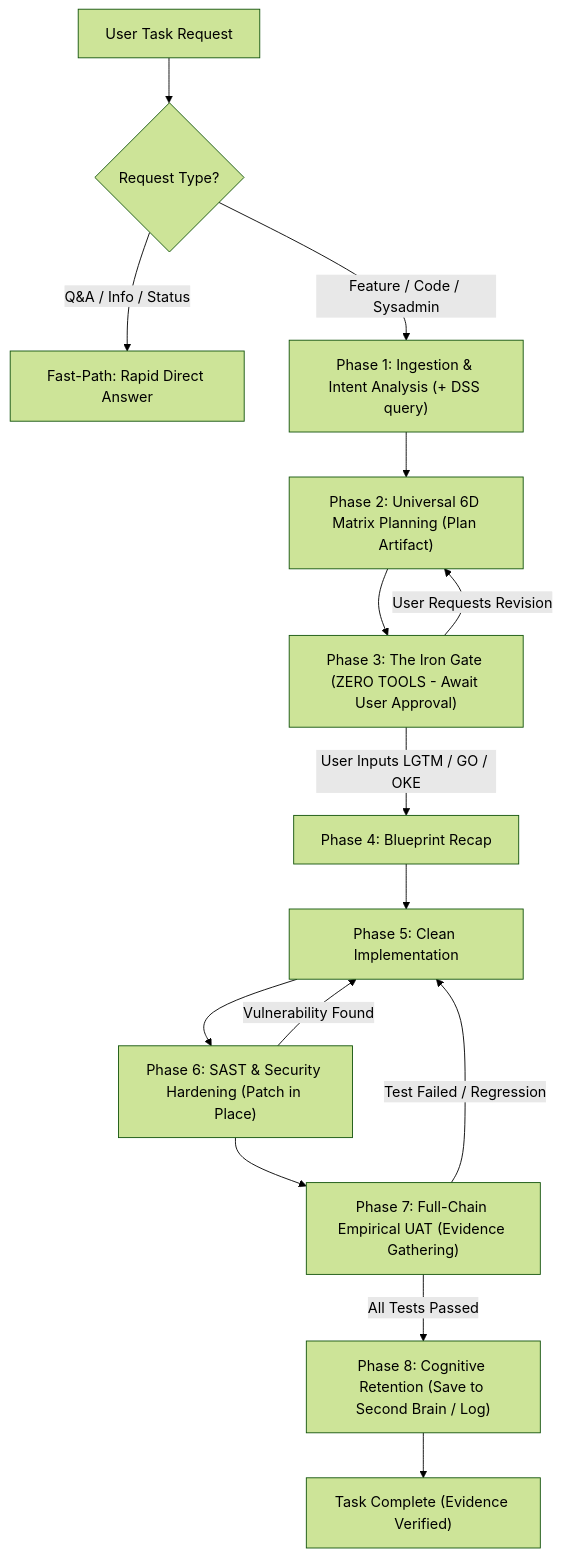
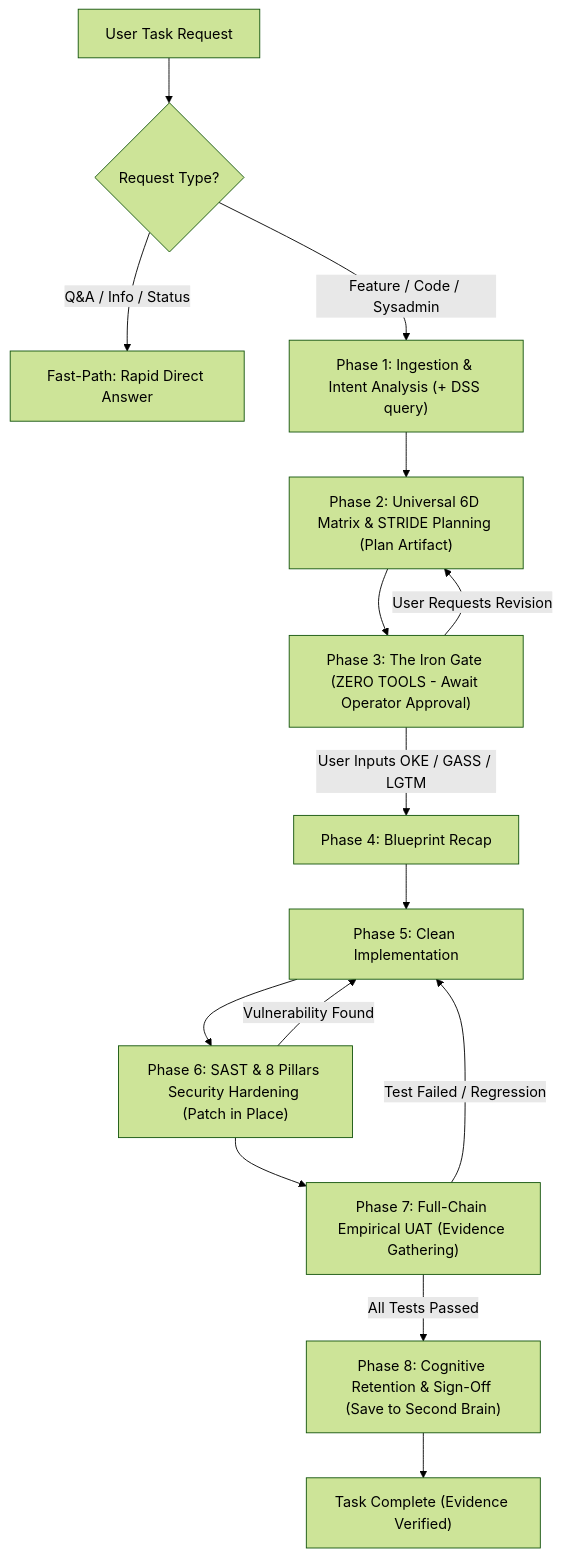
One commit to lhermawan/friday-protocol changed the diagram in README.md. Above: the diagram before and after it, drawn with Mermaid (forest theme). The commit also changed other lines of this file and 21 other files, not shown here.

Commit message:
feat(v2.0): BSSN & OWASP DevSecOps alignment, STRIDE threat modeling, 8-pillars SAST, and turnkey CI/CD recipes

````diff
--- a/README.md
+++ b/README.md
@@ -95,22 +94,22 @@
 ```mermaid
 flowchart TD
     A["User Task Request"] --> B{"Request Type?"}
     B -->|"Q&A / Info / Status"| C["Fast-Path: Rapid Direct Answer"]
     
     B -->|"Feature / Code / Sysadmin"| D["Phase 1: Ingestion & Intent Analysis (+ DSS query)"]
-    D --> E["Phase 2: Universal 6D Matrix Planning (Plan Artifact)"]
+    D --> E["Phase 2: Universal 6D Matrix & STRIDE Planning (Plan Artifact)"]
     
-    E --> F["Phase 3: The Iron Gate (ZERO TOOLS - Await User Approval)"]
+    E --> F["Phase 3: The Iron Gate (ZERO TOOLS - Await Operator Approval)"]
     F -->|"User Requests Revision"| E
-    F -->|"User Inputs LGTM / GO / OKE"| G["Phase 4: Blueprint Recap"]
+    F -->|"User Inputs OKE / GASS / LGTM"| G["Phase 4: Blueprint Recap"]
     
     G --> H["Phase 5: Clean Implementation"]
-    H --> I["Phase 6: SAST & Security Hardening (Patch in Place)"]
+    H --> I["Phase 6: SAST & 8 Pillars Security Hardening (Patch in Place)"]
     I -->|"Vulnerability Found"| H
     
     I --> J["Phase 7: Full-Chain Empirical UAT (Evidence Gathering)"]
     J -->|"Test Failed / Regression"| H
     
-    J -->|"All Tests Passed"| K["Phase 8: Cognitive Retention (Save to Second Brain / Log)"]
+    J -->|"All Tests Passed"| K["Phase 8: Cognitive Retention & Sign-Off (Save to Second Brain)"]
     K --> L["Task Complete (Evidence Verified)"]
 ```
````
